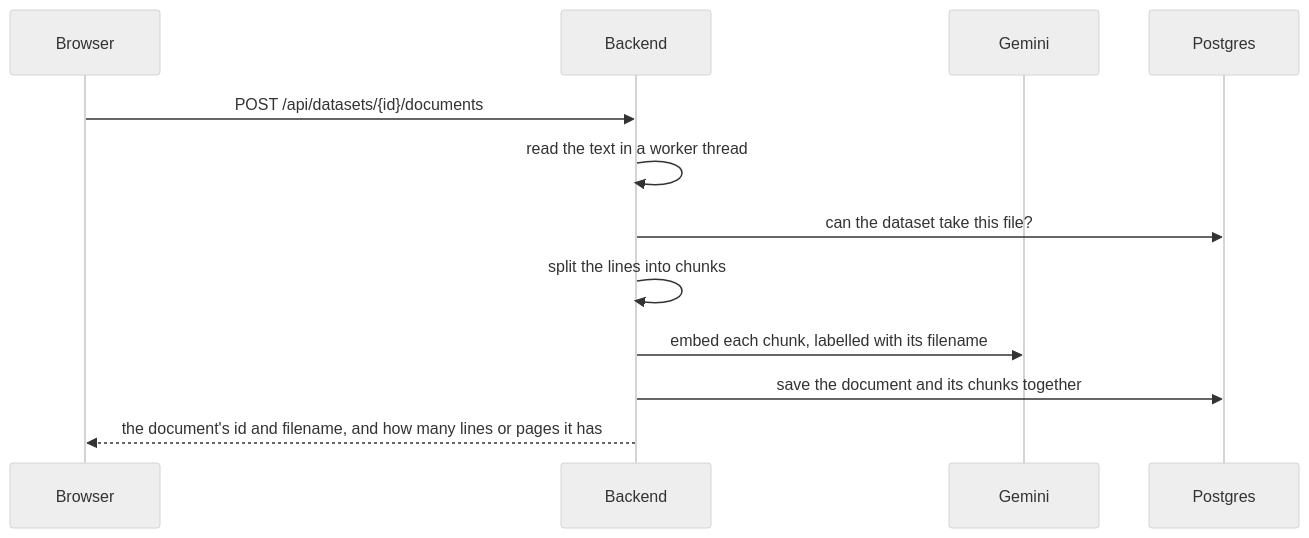
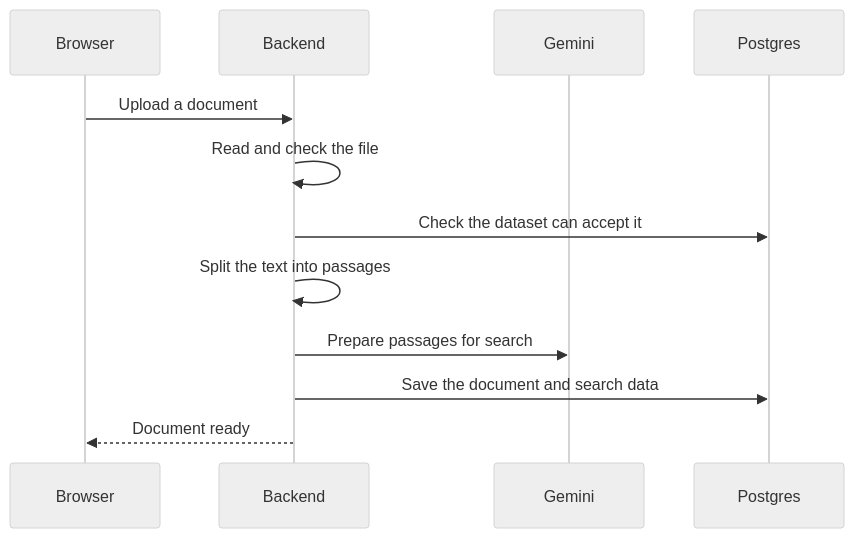
The second of 3 diagrams in README.md (DeniisPyr/Context-Lens), drawn with Mermaid (neutral theme) before and after one commit. The commit also changed other lines of this file and 4 other files, not shown here.

````diff
--- a/README.md
+++ b/README.md
@@ -51,14 +93,14 @@
 ```mermaid
 sequenceDiagram
     participant UI as Browser
     participant API as Backend
     participant G as Gemini
     participant DB as Postgres
-    UI->>API: POST /api/datasets/{id}/documents
-    API->>API: read the text in a worker thread
-    API->>DB: can the dataset take this file?
-    API->>API: split the lines into chunks
-    API->>G: embed each chunk, labelled with its filename
-    API->>DB: save the document and its chunks together
-    API-->>UI: the document's id and filename, and how many lines or pages it has
+    UI->>API: Upload a document
+    API->>API: Read and check the file
+    API->>DB: Check the dataset can accept it
+    API->>API: Split the text into passages
+    API->>G: Prepare passages for search
+    API->>DB: Save the document and search data
+    API-->>UI: Document ready
 ```
````
